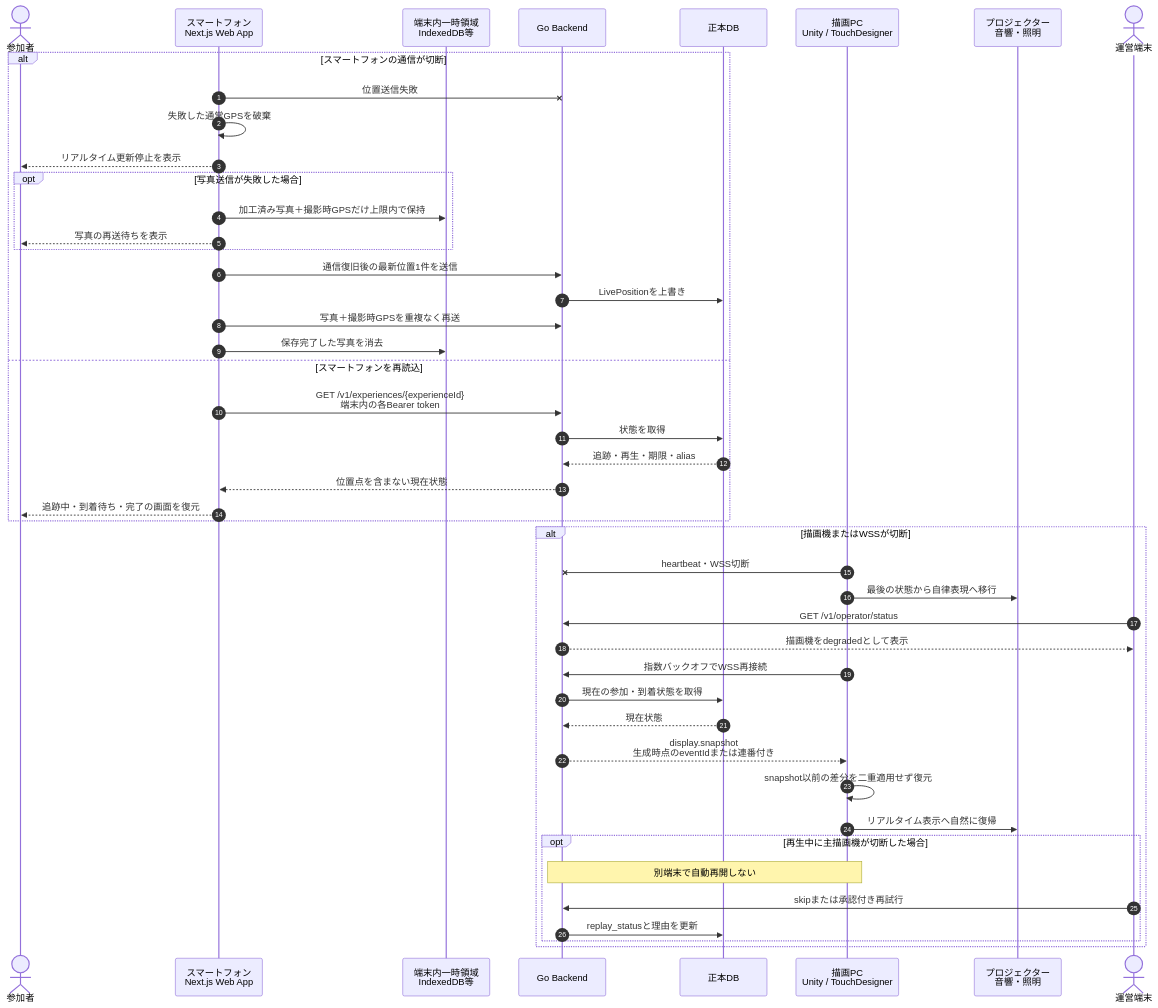
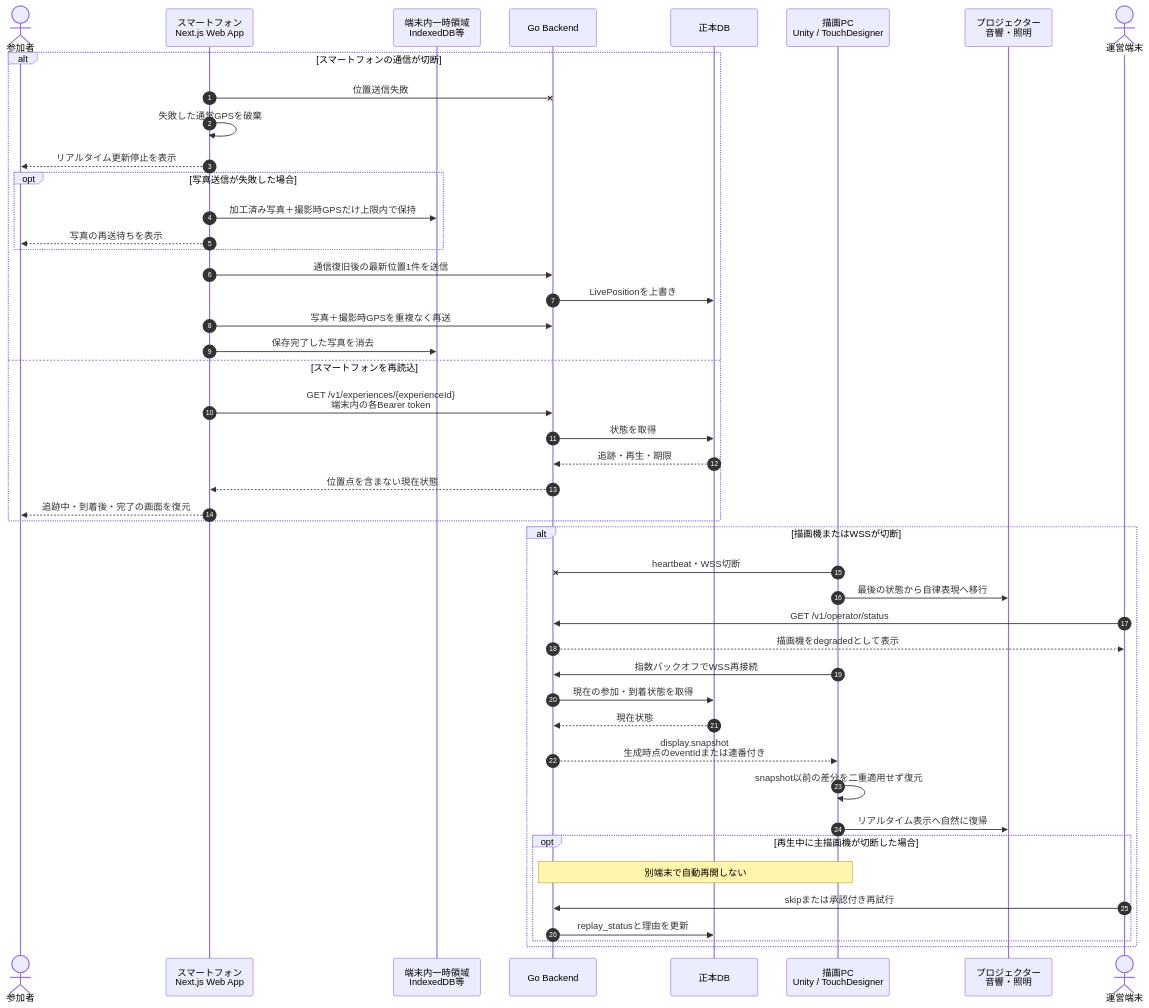
One commit to Mino829/trace-campus-installation changed the sixth of 6 diagrams in docs/uml-diagrams.md. Above: the diagram before and after it, drawn with Mermaid. The commit also changed other lines of this file and 14 other files, not shown here.

````diff
--- a/docs/uml-diagrams.md
+++ b/docs/uml-diagrams.md
@@ -361,50 +356,50 @@
 ```mermaid
 sequenceDiagram
     autonumber
     actor User as 参加者
     participant Browser as スマートフォン<br/>Next.js Web App
     participant Local as 端末内一時領域<br/>IndexedDB等
     participant API as Go Backend
     participant DB as 正本DB
     participant Renderer as 描画PC<br/>Unity / TouchDesigner
     participant Output as プロジェクター<br/>音響・照明
     actor Operator as 運営端末
 
     alt スマートフォンの通信が切断
         Browser-xAPI: 位置送信失敗
         Browser->>Browser: 失敗した通常GPSを破棄
         Browser-->>User: リアルタイム更新停止を表示
         opt 写真送信が失敗した場合
             Browser->>Local: 加工済み写真＋撮影時GPSだけ上限内で保持
             Browser-->>User: 写真の再送待ちを表示
         end
         Browser->>API: 通信復旧後の最新位置1件を送信
         API->>DB: LivePositionを上書き
         Browser->>API: 写真＋撮影時GPSを重複なく再送
         Browser->>Local: 保存完了した写真を消去
     else スマートフォンを再読込
         Browser->>API: GET /v1/experiences/{experienceId}<br/>端末内の各Bearer token
         API->>DB: 状態を取得
-        DB-->>API: 追跡・再生・期限・alias
+        DB-->>API: 追跡・再生・期限
         API-->>Browser: 位置点を含まない現在状態
-        Browser-->>User: 追跡中・到着待ち・完了の画面を復元
+        Browser-->>User: 追跡中・到着後・完了の画面を復元
     end
 
     alt 描画機またはWSSが切断
         Renderer-xAPI: heartbeat・WSS切断
         Renderer->>Output: 最後の状態から自律表現へ移行
         Operator->>API: GET /v1/operator/status
         API-->>Operator: 描画機をdegradedとして表示
         Renderer->>API: 指数バックオフでWSS再接続
         API->>DB: 現在の参加・到着状態を取得
         DB-->>API: 現在状態
         API-->>Renderer: display.snapshot<br/>生成時点のeventIdまたは連番付き
         Renderer->>Renderer: snapshot以前の差分を二重適用せず復元
         Renderer->>Output: リアルタイム表示へ自然に復帰
         opt 再生中に主描画機が切断した場合
             Note over API,Renderer: 別端末で自動再開しない
             Operator->>API: skipまたは承認付き再試行
             API->>DB: replay_statusと理由を更新
         end
     end
 ```
````
